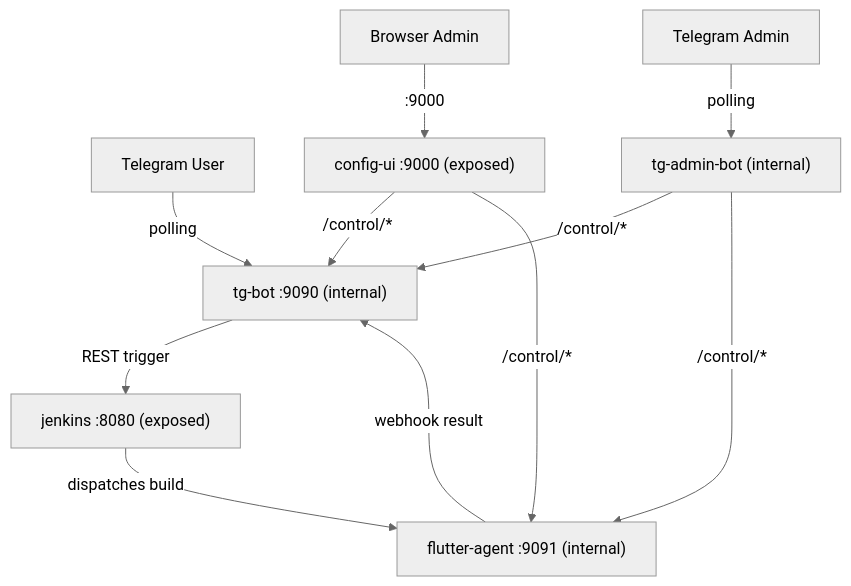
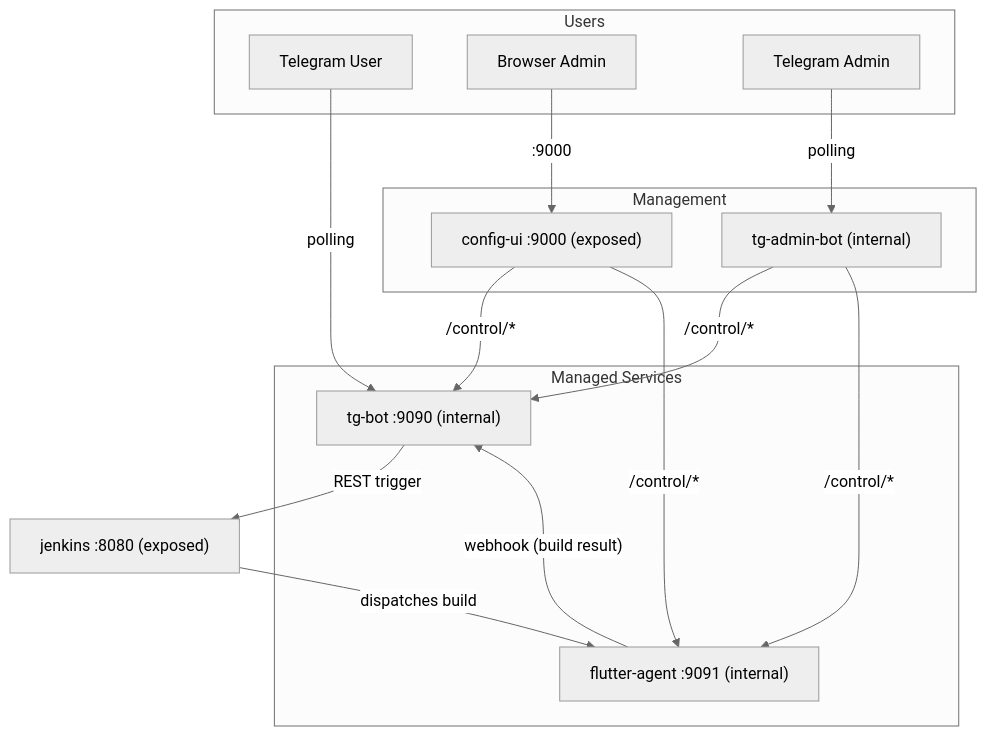
The diagram in README.md (VinhNgT/jenkins-flutter-bot), drawn with Mermaid (neutral theme) before and after one commit. The commit also changed other lines of this file and 1 other file, not shown here.

````diff
--- a/README.md
+++ b/README.md
@@ -82,15 +13,33 @@
 ```mermaid
 graph TD
-    TU["Telegram User"] -- polling --> BOT["tg-bot :9090 (internal)"]
-    BA["Browser Admin"] -- ":9000" --> CUI["config-ui :9000 (exposed)"]
-    TA["Telegram Admin"] -- polling --> TAB["tg-admin-bot (internal)"]
+    subgraph Users
+        TU["Telegram User"]
+        BA["Browser Admin"]
+        TA["Telegram Admin"]
+    end
+
+    subgraph Management
+        CUI["config-ui :9000 (exposed)"]
+        TAB["tg-admin-bot (internal)"]
+    end
+
+    subgraph Managed Services
+        BOT["tg-bot :9090 (internal)"]
+        AGT["flutter-agent :9091 (internal)"]
+    end
+
+    JNK["jenkins :8080 (exposed)"]
+
+    TU -- polling --> BOT
+    BA -- ":9000" --> CUI
+    TA -- polling --> TAB
 
     CUI -- "/control/*" --> BOT
-    CUI -- "/control/*" --> AGT["flutter-agent :9091 (internal)"]
+    CUI -- "/control/*" --> AGT
     TAB -- "/control/*" --> BOT
     TAB -- "/control/*" --> AGT
 
-    BOT -- "REST trigger" --> JNK["jenkins :8080 (exposed)"]
+    BOT -- "REST trigger" --> JNK
     JNK -- "dispatches build" --> AGT
-    AGT -- "webhook result" --> BOT
+    AGT -- "webhook (build result)" --> BOT
 ```
````
